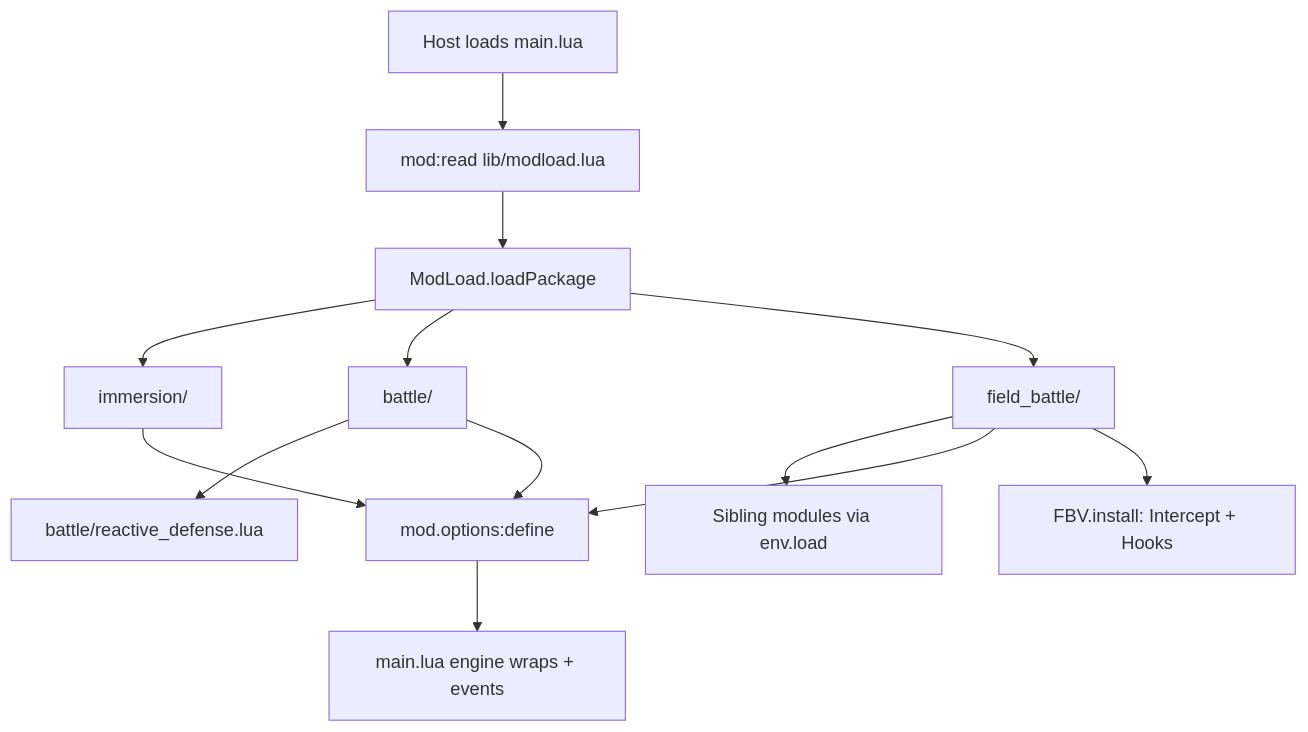
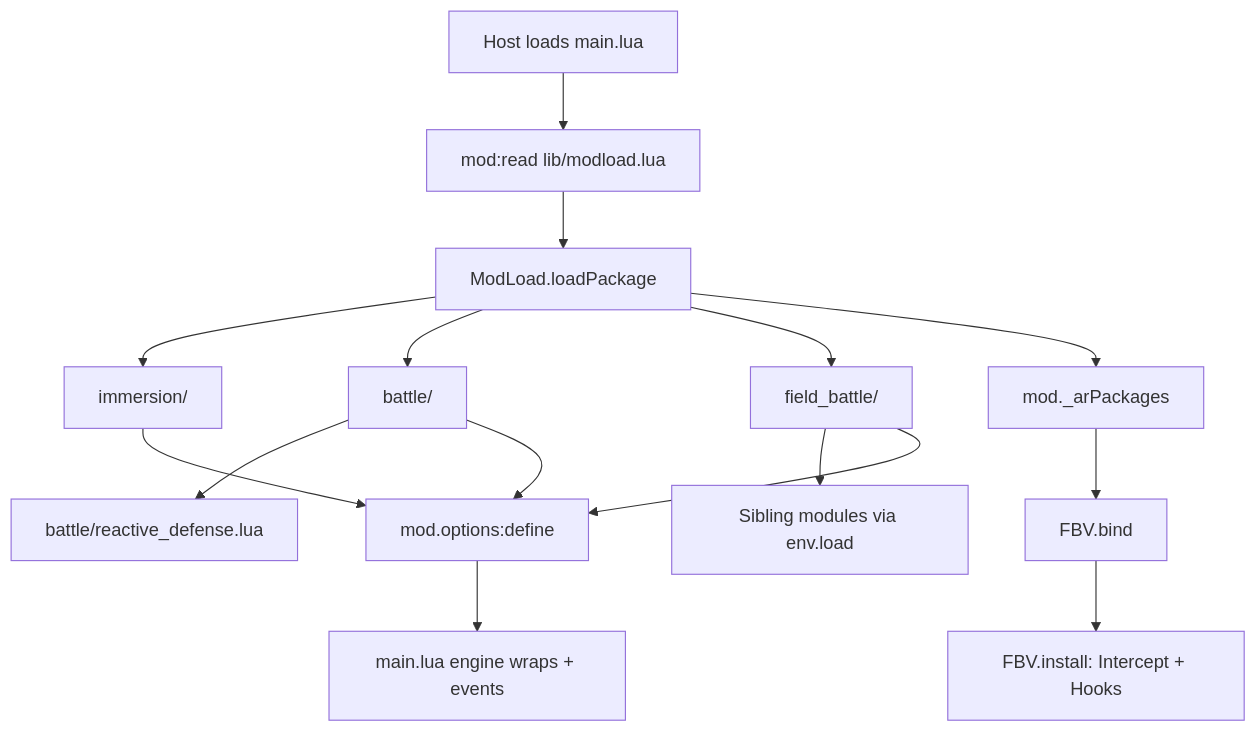
Before and after one commit to businessmachines02/anime-realism: the first of 4 diagrams in ARCHITECTURE.md, drawn with Mermaid. The commit also changed other lines of this file and 13 other files, not shown here.

````diff
--- a/ARCHITECTURE.md
+++ b/ARCHITECTURE.md
@@ -55,15 +55,17 @@
 ```mermaid
 flowchart TD
   host[Host loads main.lua] --> read[mod:read lib/modload.lua]
   read --> ml[ModLoad.loadPackage]
   ml --> imm[immersion/]
   ml --> bat[battle/]
   ml --> fbv[field_battle/]
   bat --> rd[battle/reactive_defense.lua]
   fbv --> sib[Sibling modules via env.load]
+  ml --> pkgs[mod._arPackages]
+  pkgs --> bind[FBV.bind]
+  bind --> install[FBV.install: Intercept + Hooks]
   imm --> opts[mod.options:define]
   bat --> opts
   fbv --> opts
   opts --> hooks[main.lua engine wraps + events]
-  fbv --> install[FBV.install: Intercept + Hooks]
 ```
````
